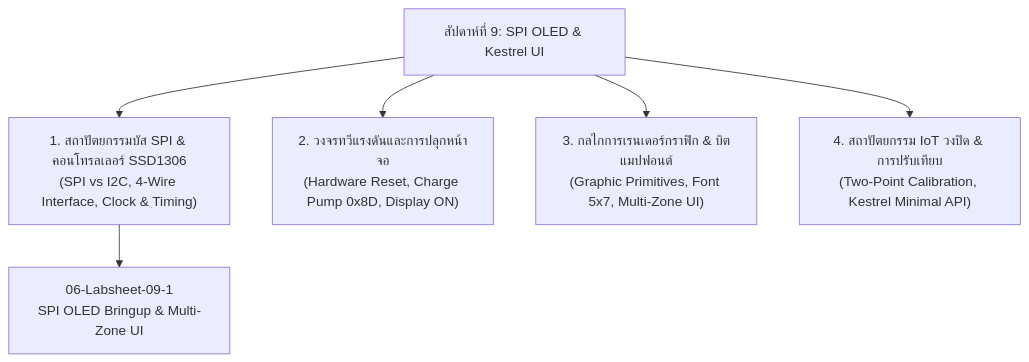
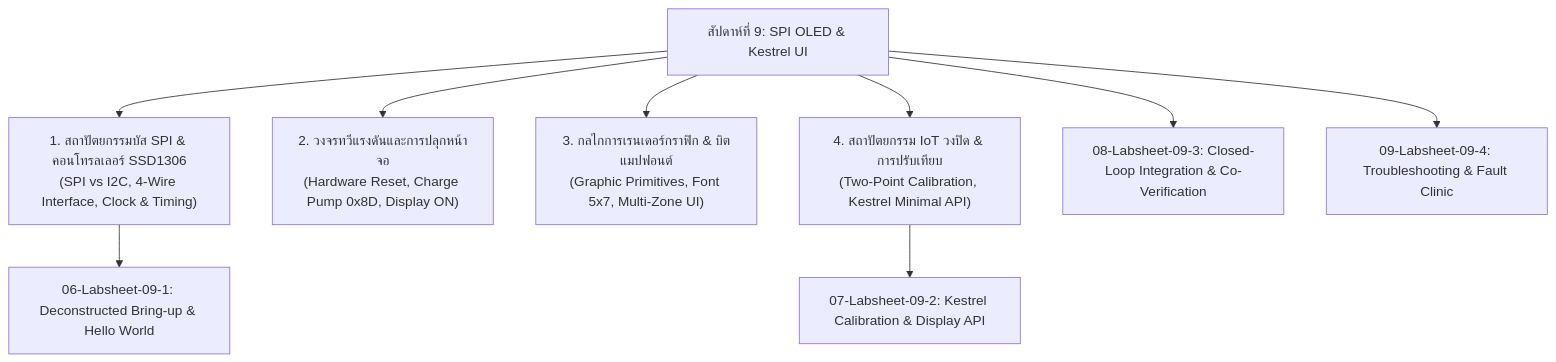
The diagram in Readme.md (016Rusneeda/Week-09-SPI-OLED-and-Kestrel-UI), drawn with Mermaid before and after one commit. The commit also changed other lines of this file and 13 other files, not shown here.

Commit message:
docs: update Week-09 SPI-OLED and Kestrel UI lab materials and add example project files

````diff
--- a/Readme.md
+++ b/Readme.md
@@ -20,9 +20,12 @@
 ```mermaid
 flowchart TD
     A["สัปดาห์ที่ 9: SPI OLED & Kestrel UI"] --> B["1. สถาปัตยกรรมบัส SPI & คอนโทรลเลอร์ SSD1306<br/>(SPI vs I2C, 4-Wire Interface, Clock & Timing)"]
     A --> C["2. วงจรทวีแรงดันและการปลุกหน้าจอ<br/>(Hardware Reset, Charge Pump 0x8D, Display ON)"]
     A --> D["3. กลไกการเรนเดอร์กราฟิก & บิตแมปฟอนต์<br/>(Graphic Primitives, Font 5x7, Multi-Zone UI)"]
     A --> E["4. สถาปัตยกรรม IoT วงปิด & การปรับเทียบ<br/>(Two-Point Calibration, Kestrel Minimal API)"]
 
-    B --> F["06-Labsheet-09-1<br/>SPI OLED Bringup & Multi-Zone UI"]
+    B --> F["06-Labsheet-09-1: Deconstructed Bring-up & Hello World"]
+    E --> G["07-Labsheet-09-2: Kestrel Calibration & Display API"]
+    A --> H["08-Labsheet-09-3: Closed-Loop Integration & Co-Verification"]
+    A --> I["09-Labsheet-09-4: Troubleshooting & Fault Clinic"]
 ```
````
